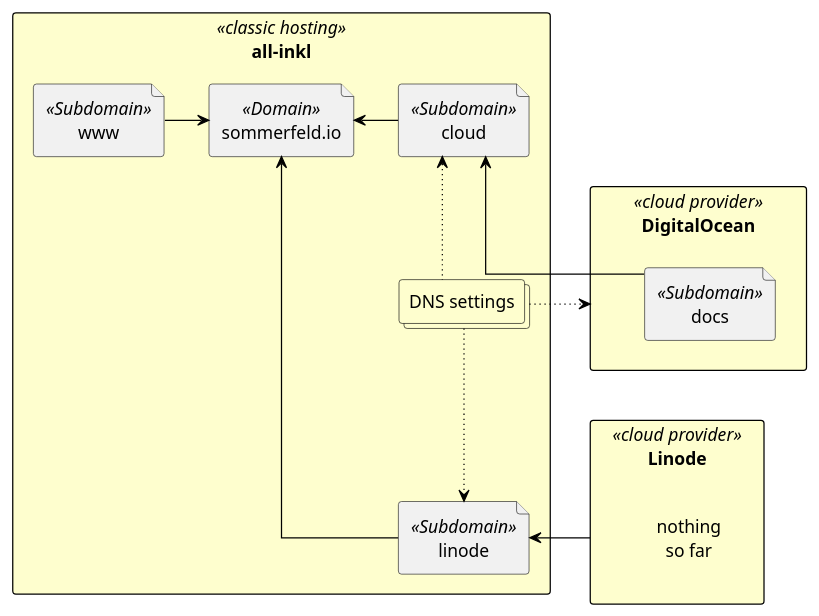
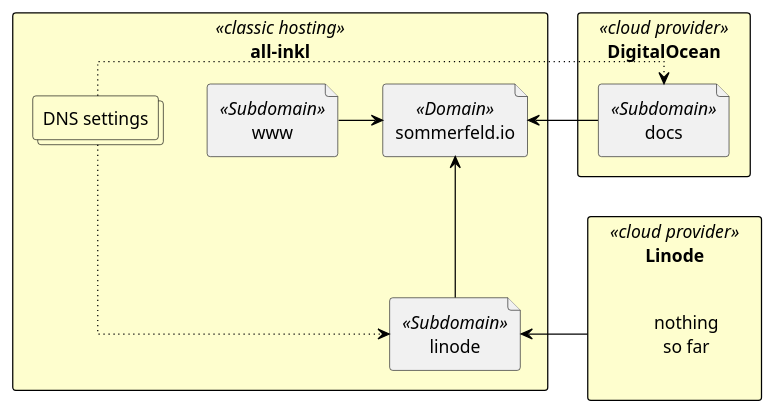
One commit to sebastian-sommerfeld-io/infrastructure changed the diagram in docs/modules/ROOT/pages/cloud/index.adoc. Above: the diagram before and after it, drawn with PlantUML. The commit also changed other lines of this file and 6 other files, not shown here.

```diff
--- a/docs/modules/ROOT/pages/cloud/index.adoc
+++ b/docs/modules/ROOT/pages/cloud/index.adoc
@@ -27,52 +27,49 @@
 [plantuml, rendered-plantuml-image, svg]
 ----
 @startuml
 
 skinparam linetype ortho
 skinparam monochrome false
 skinparam componentStyle uml2
 skinparam backgroundColor transparent
 skinparam ArrowColor black
 skinparam FrameBackgroundColor #fff
 skinparam CollectionsBackgroundColor #fefece
 skinparam CollectionsBorderColor black
 skinparam ComponentBorderColor black
 skinparam ComponentBackgroundColor #fefece
 skinparam RectangleBorderColor black
 skinparam RectangleBackgroundColor #fefece
 skinparam QueueBorderColor black
 skinparam NoteBorderColor Grey
 skinparam NoteBackgroundColor #fdfdfd
 skinparam defaultTextAlignment center
 skinparam activity {
   FontName Ubuntu
 }
 
 rectangle allinkl as "all-inkl" <<classic hosting>> {
     file www <<Subdomain>>
-    file cloud <<Subdomain>>
     file linode <<Subdomain>>
     file sio as "sommerfeld.io" <<Domain>>
     collections dns as "DNS settings"
 }
 
 rectangle DigitalOcean <<cloud provider>> {
     file docs <<Subdomain>>
 }
 
 rectangle Linode <<cloud provider>> {
     label nothing as "nothing\nso far"
 }
 
 www -right-> sio
-cloud -left-> sio
 linode -up-> sio
-docs -right-> cloud
-dns ~up~> cloud
+docs -right-> sio
 dns ~down~> linode
-dns ~right~> DigitalOcean
+dns ~right~> docs
 
 Linode -left-> linode
 
 @enduml
 ----
```
